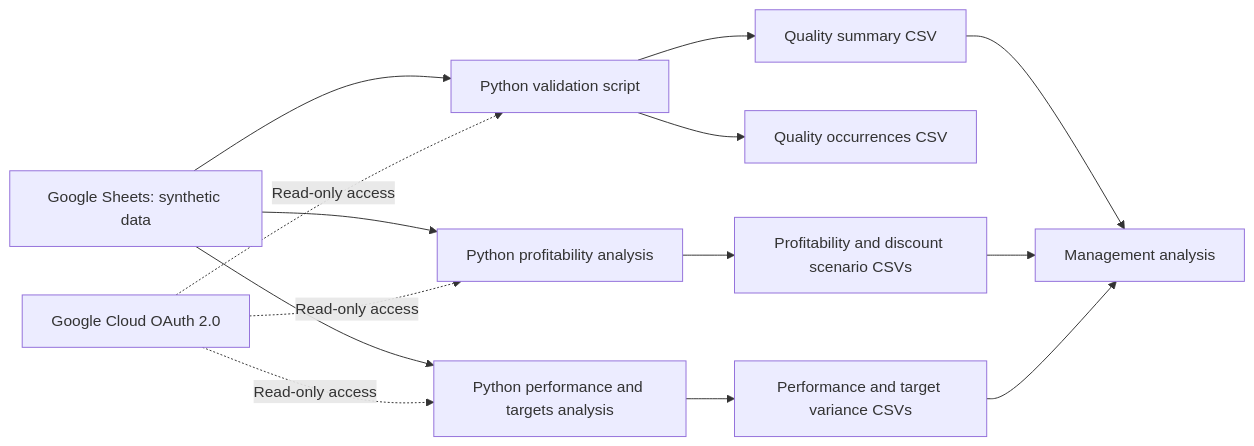
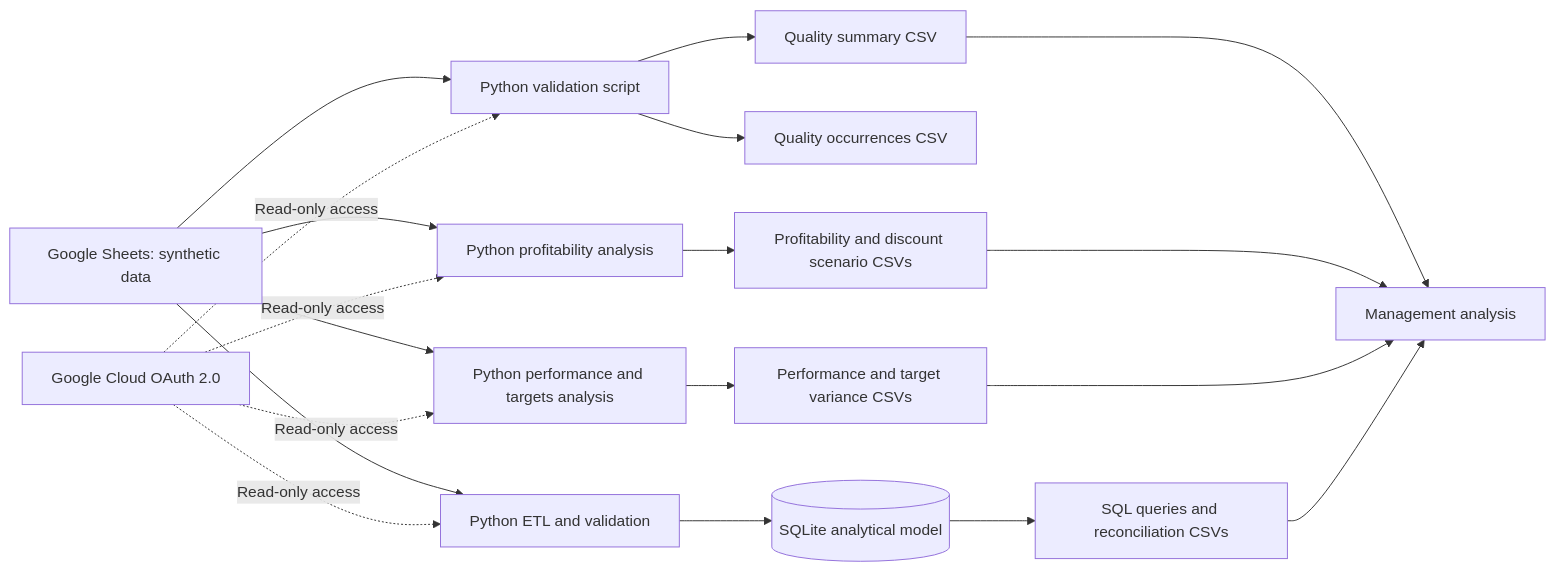
Before and after one commit to wagner-stoffel/ws-02-retail-intelligence: the diagram in README.md, drawn with Mermaid. The commit also changed other lines of this file, not shown here.

Commit message:
docs: consolidate v0.4.0 SQLite milestone

````diff
--- a/README.md
+++ b/README.md
@@ -19,16 +19,21 @@
 ```mermaid
 flowchart LR
     A[Google Sheets: synthetic data] --> B[Python validation script]
     C[Google Cloud OAuth 2.0] -. Read-only access .-> B
     B --> D[Quality summary CSV]
     B --> E[Quality occurrences CSV]
     A --> F[Python profitability analysis]
     C -. Read-only access .-> F
     F --> G[Profitability and discount scenario CSVs]
     D --> H[Management analysis]
     G --> H
     A --> I[Python performance and targets analysis]
     C -. Read-only access .-> I
     I --> J[Performance and target variance CSVs]
     J --> H
+    A --> K[Python ETL and validation]
+    C -. Read-only access .-> K
+    K --> L[(SQLite analytical model)]
+    L --> M[SQL queries and reconciliation CSVs]
+    M --> H
 ```
````
